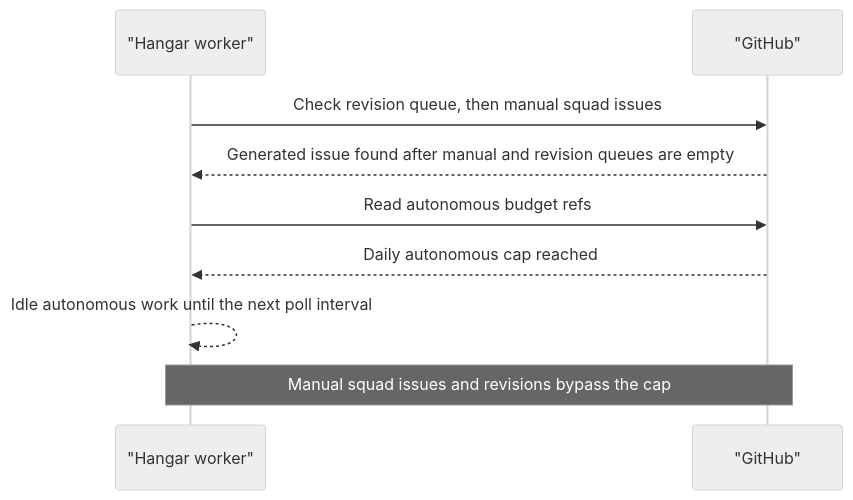
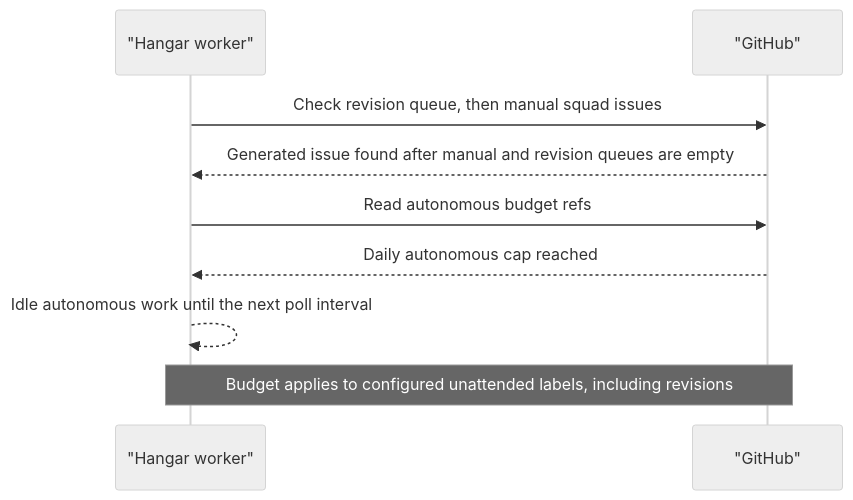
The ninth of 11 diagrams in README.md (timoknapp/Hangar), drawn with Mermaid (neutral theme) before and after one commit. The commit also changed other lines of this file and 18 other files, not shown here.

````diff
--- a/README.md
+++ b/README.md
@@ -430,12 +409,12 @@
 ```mermaid
 sequenceDiagram
     participant Worker as "Hangar worker"
     participant GitHub as "GitHub"
 
     Worker->>GitHub: Check revision queue, then manual squad issues
     GitHub-->>Worker: Generated issue found after manual and revision queues are empty
     Worker->>GitHub: Read autonomous budget refs
     GitHub-->>Worker: Daily autonomous cap reached
     Worker-->>Worker: Idle autonomous work until the next poll interval
-    Note over Worker,GitHub: Manual squad issues and revisions bypass the cap
+    Note over Worker,GitHub: Budget applies to configured unattended labels, including revisions
 ```
````
